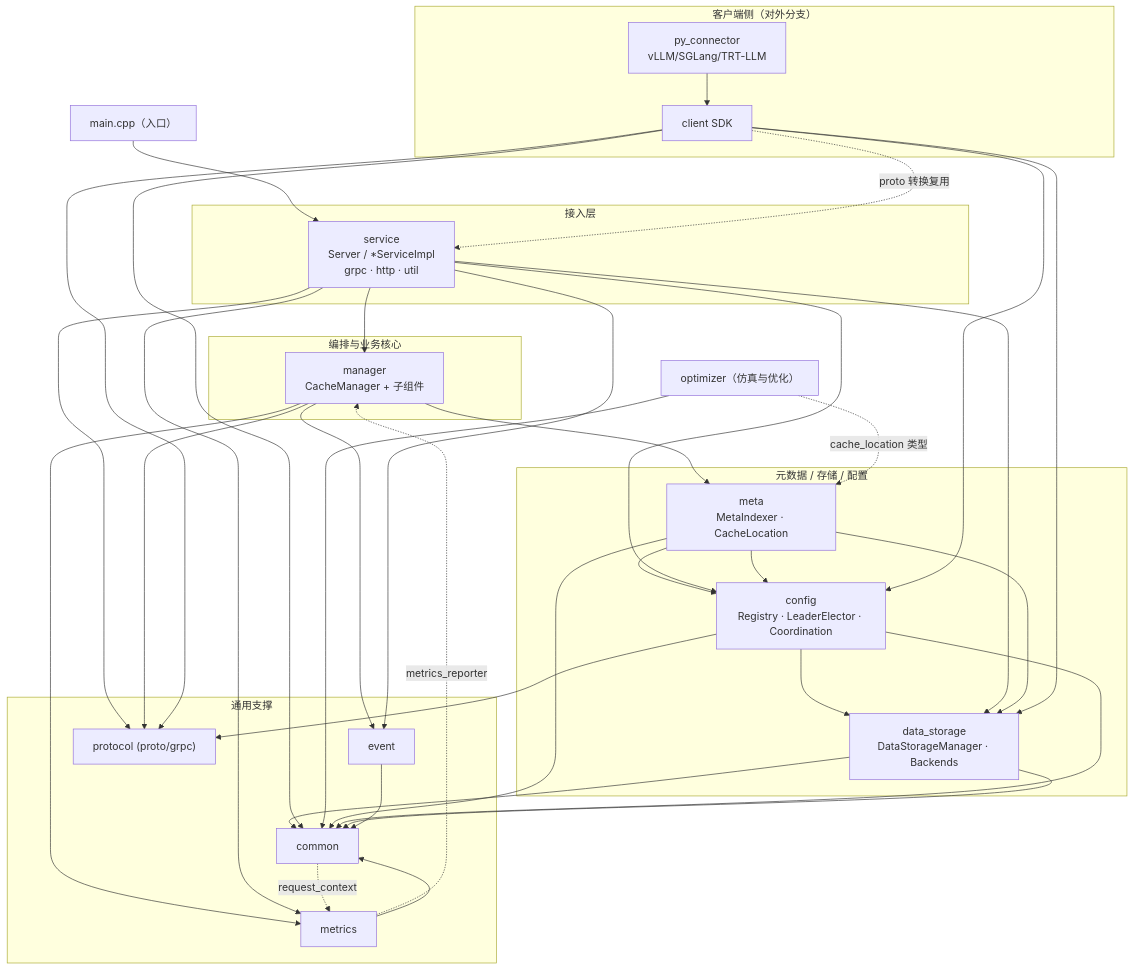
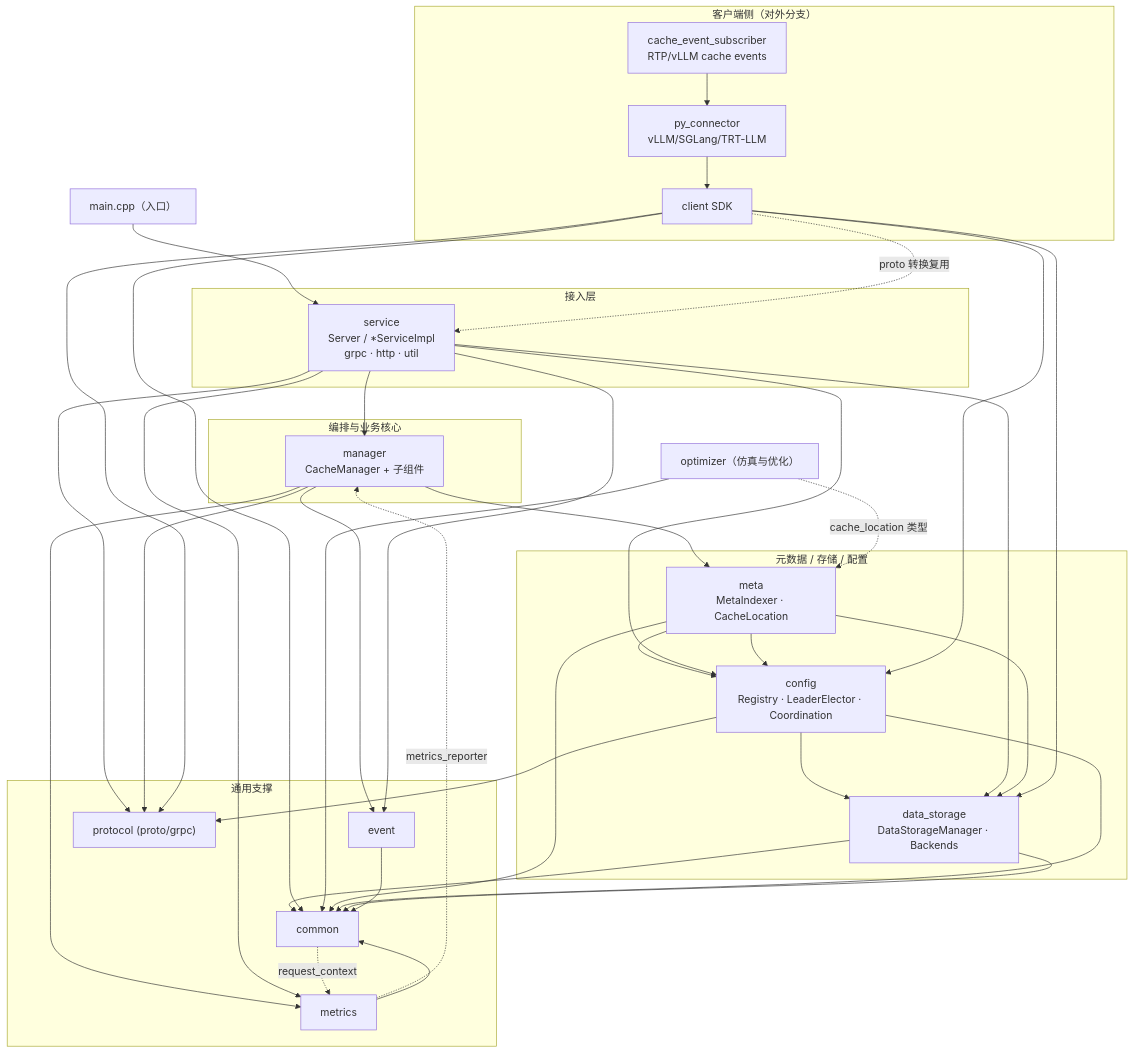
One commit to alibaba/tair-kvcache changed the first of 2 diagrams in docs/design/module_architecture.md. Above: the diagram before and after it, drawn with Mermaid. The commit also changed other lines of this file and 52 other files, not shown here.

Commit message:
[event] add transactional engine cache event subscriber

````diff
--- a/docs/design/module_architecture.md
+++ b/docs/design/module_architecture.md
@@ -104,71 +106,73 @@
 ```mermaid
 flowchart TD
     main["main.cpp（入口）"]
 
     subgraph access["接入层"]
         service["service<br/>Server / *ServiceImpl<br/>grpc · http · util"]
     end
 
     subgraph core["编排与业务核心"]
         manager["manager<br/>CacheManager + 子组件"]
     end
 
     subgraph dataplane["元数据 / 存储 / 配置"]
         meta["meta<br/>MetaIndexer · CacheLocation"]
         config["config<br/>Registry · LeaderElector · Coordination"]
         data_storage["data_storage<br/>DataStorageManager · Backends"]
     end
 
     subgraph crosscut["通用支撑"]
         metrics["metrics"]
         event["event"]
         protocol["protocol (proto/grpc)"]
         common["common"]
     end
 
     subgraph clientside["客户端侧（对外分支）"]
         client["client SDK"]
         py_connector["py_connector<br/>vLLM/SGLang/TRT-LLM"]
+        cache_event_subscriber["cache_event_subscriber<br/>RTP/vLLM cache events"]
     end
 
     optimizer["optimizer（仿真与优化）"]
 
     %% 核心下降链（控制流）
     main --> service --> manager --> meta --> config --> data_storage --> common
 
     %% 通用支撑依赖
     manager --> event
     manager --> metrics
     service --> metrics
     service --> event
     service --> config
     service --> data_storage
     service --> protocol
     manager --> protocol
     config --> protocol
     meta --> config
     meta --> data_storage
 
     %% 有意的反向边（近似环，见 3.2）
     common -. request_context .-> metrics
     metrics -. metrics_reporter .-> manager
 
     %% 客户端分支
+    cache_event_subscriber --> py_connector
     py_connector --> client
     client --> config
     client --> data_storage
     client --> protocol
     client --> common
     client -. proto 转换复用 .-> service
 
     %% optimizer 的关联
     optimizer -. cache_location 类型 .-> meta
     optimizer --> common
 
     %% 底层通用模块被广泛依赖
     meta --> common
     config --> common
     data_storage --> common
     metrics --> common
     event --> common
 ```
````
